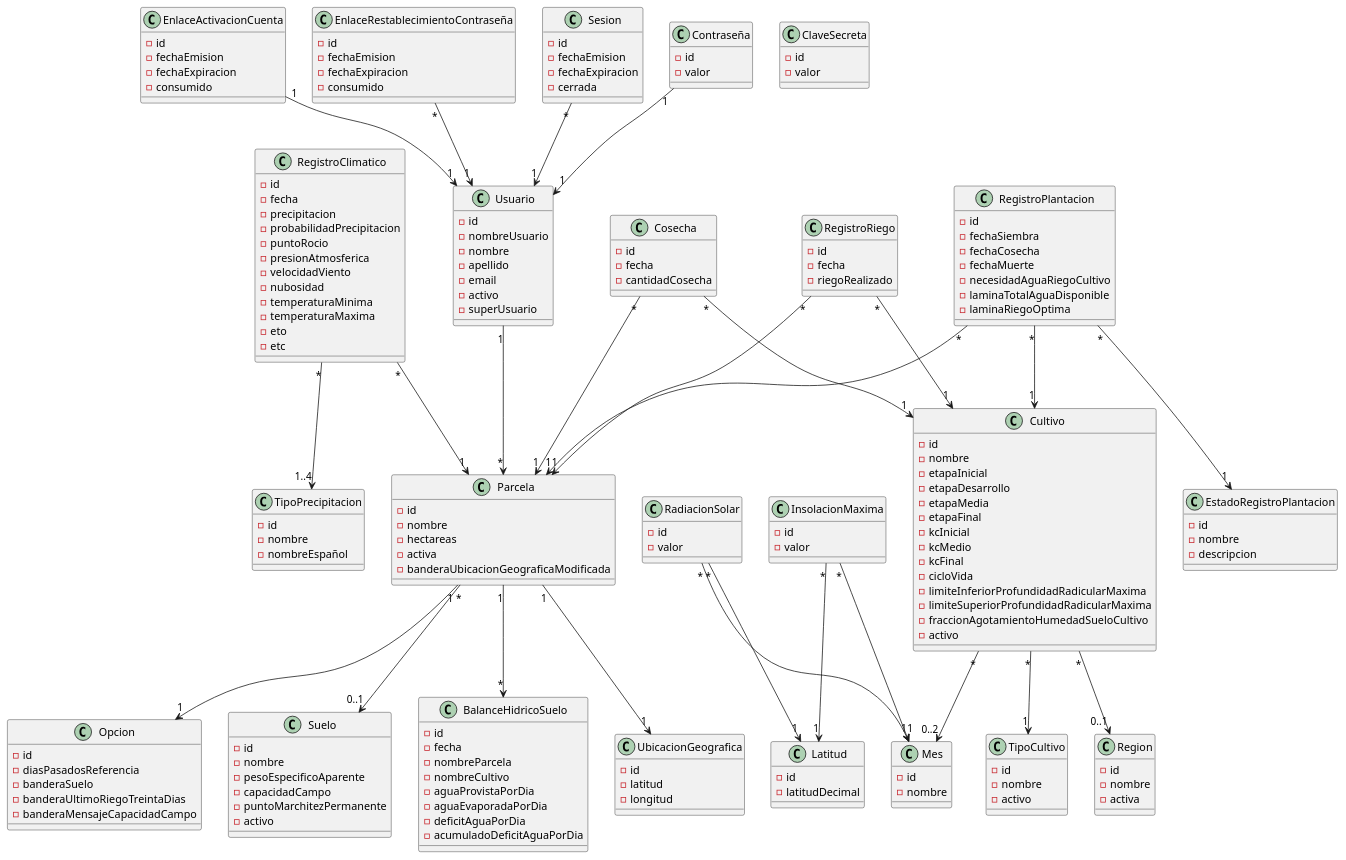
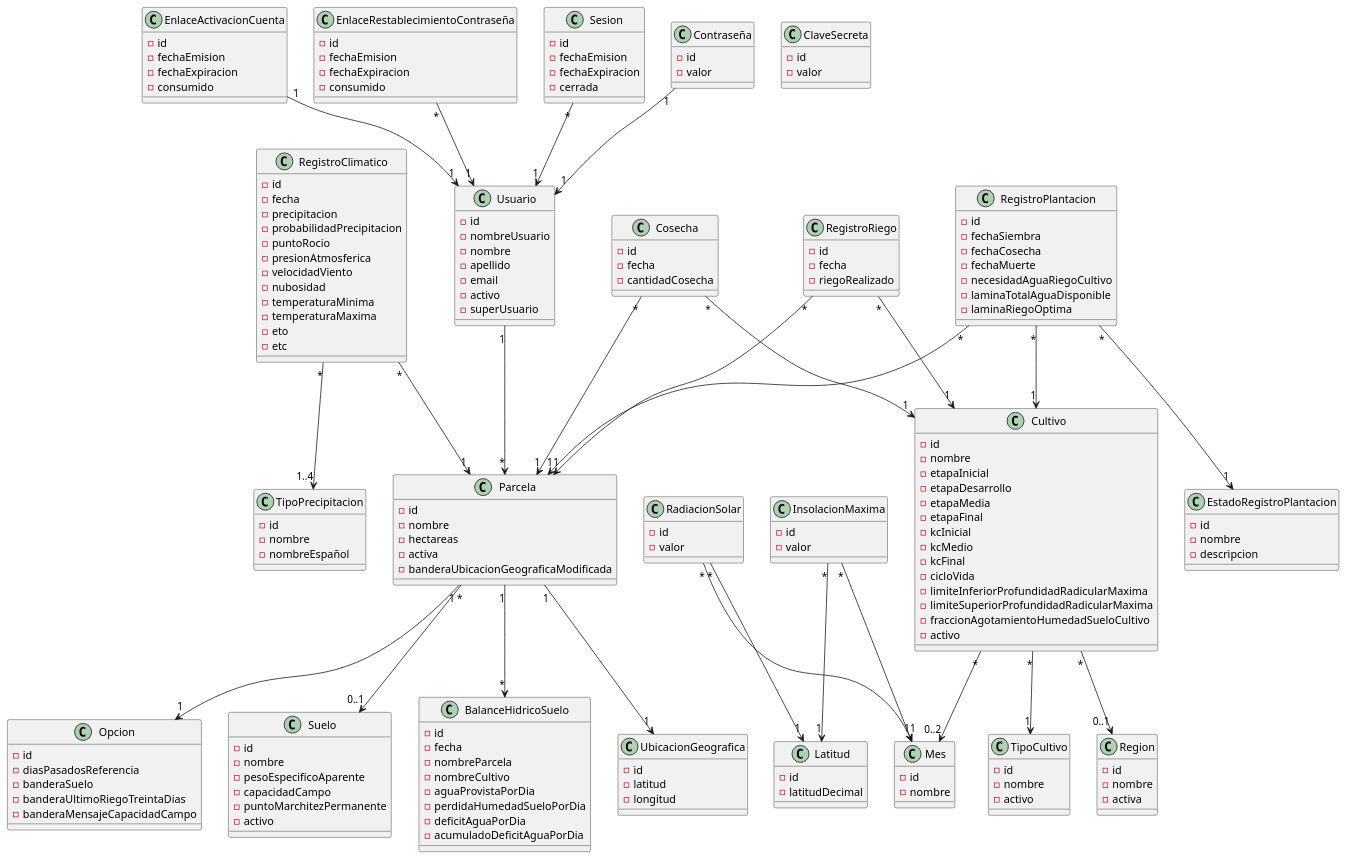
The diagram in docs/domain model/Modelo de dominio.pu (facundopaez-dev/sistema-web-riego), drawn with PlantUML before and after one commit. The commit also changed 6 other files, not shown here.

```diff
--- a/docs/domain model/Modelo de dominio.pu
+++ b/docs/domain model/Modelo de dominio.pu
@@ -188,7 +188,7 @@
 -nombreParcela
 -nombreCultivo
 -aguaProvistaPorDia
--aguaEvaporadaPorDia
+-perdidaHumedadSueloPorDia
 -deficitAguaPorDia
 -acumuladoDeficitAguaPorDia
 }
```
